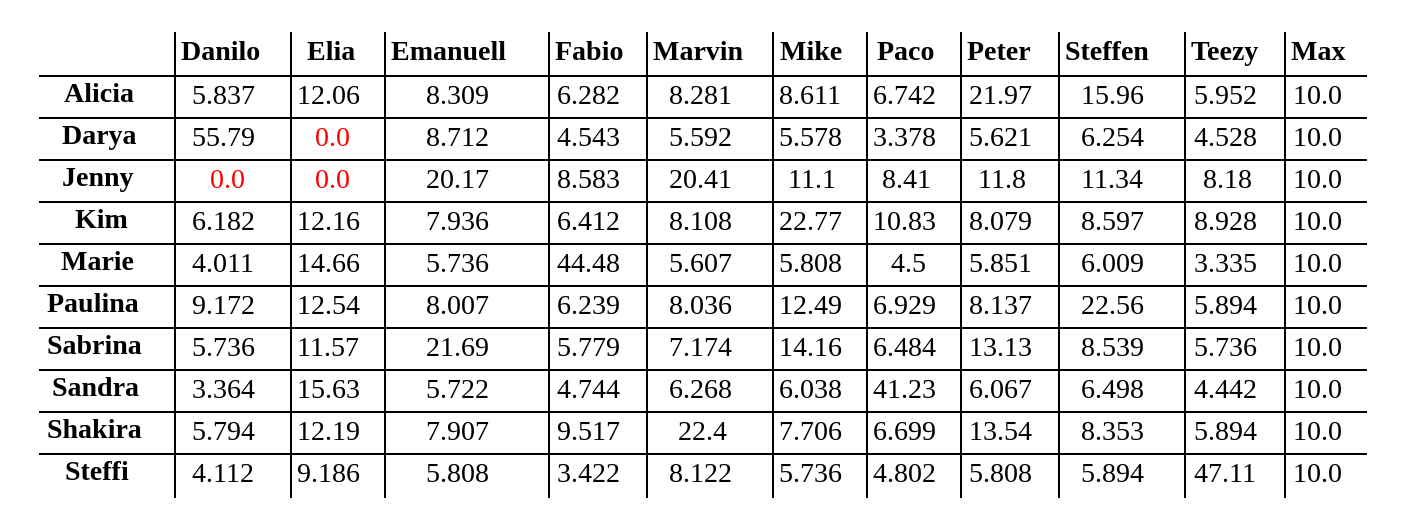
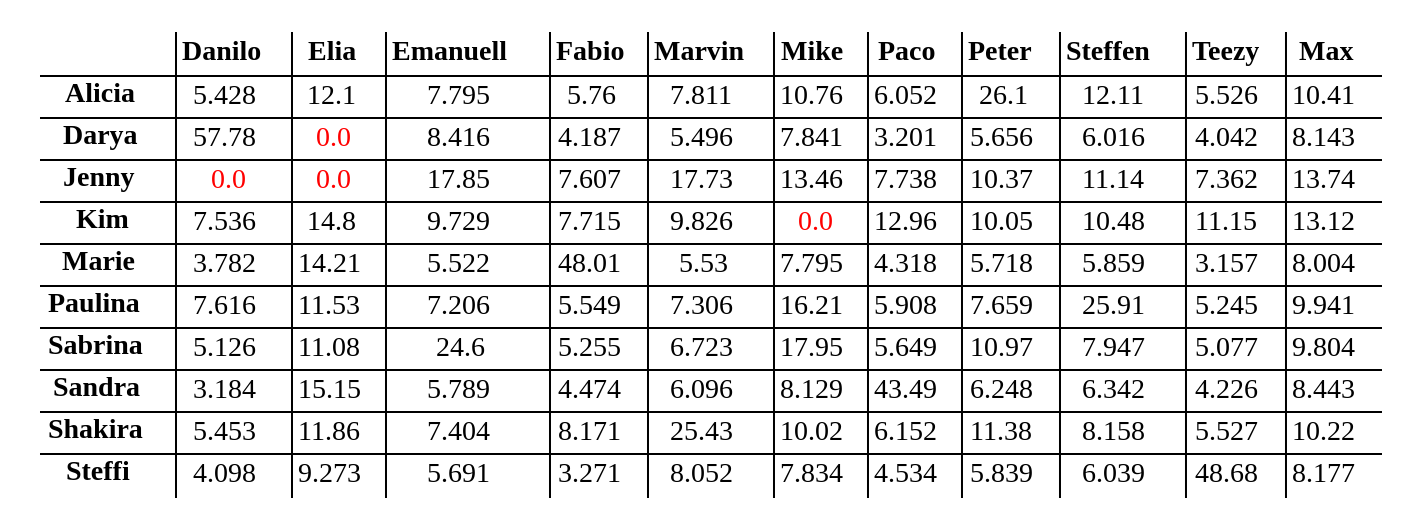
Before and after one commit to atticus-sullivan/sim-ayto: the diagram in s03r/s03r_tab.dot, drawn with Graphviz. The commit also changed 7 other files, not shown here.

```diff
--- a/s03r/s03r_tab.dot
+++ b/s03r/s03r_tab.dot
@@ -1,148 +1,148 @@
 digraph structs { node[shape=plaintext] struct[label=<
 <table cellspacing="2" border="0" rows="*" columns="*">
 <tr>
 <td></td>
 <td><B>Danilo</B></td>
 <td><B>Elia</B></td>
 <td><B>Emanuell</B></td>
 <td><B>Fabio</B></td>
 <td><B>Marvin</B></td>
 <td><B>Mike</B></td>
 <td><B>Paco</B></td>
 <td><B>Peter</B></td>
 <td><B>Steffen</B></td>
 <td><B>Teezy</B></td>
 <td><B>Max</B></td>
 </tr>
 <tr><td><B>Alicia</B></td>
-<td><font color="black">5.837</font></td>
-<td><font color="black">12.06</font></td>
-<td><font color="black">8.309</font></td>
-<td><font color="black">6.282</font></td>
-<td><font color="black">8.281</font></td>
-<td><font color="black">8.611</font></td>
-<td><font color="black">6.742</font></td>
-<td><font color="black">21.97</font></td>
-<td><font color="black">15.96</font></td>
-<td><font color="black">5.952</font></td>
-<td><font color="black">10.0</font></td>
+<td><font color="black">5.428</font></td>
+<td><font color="black">12.1</font></td>
+<td><font color="black">7.795</font></td>
+<td><font color="black">5.76</font></td>
+<td><font color="black">7.811</font></td>
+<td><font color="black">10.76</font></td>
+<td><font color="black">6.052</font></td>
+<td><font color="black">26.1</font></td>
+<td><font color="black">12.11</font></td>
+<td><font color="black">5.526</font></td>
+<td><font color="black">10.41</font></td>
 </tr>
 <tr><td><B>Darya</B></td>
-<td><font color="black">55.79</font></td>
+<td><font color="black">57.78</font></td>
 <td><font color="red">0.0</font></td>
-<td><font color="black">8.712</font></td>
-<td><font color="black">4.543</font></td>
-<td><font color="black">5.592</font></td>
-<td><font color="black">5.578</font></td>
-<td><font color="black">3.378</font></td>
-<td><font color="black">5.621</font></td>
-<td><font color="black">6.254</font></td>
-<td><font color="black">4.528</font></td>
-<td><font color="black">10.0</font></td>
+<td><font color="black">8.416</font></td>
+<td><font color="black">4.187</font></td>
+<td><font color="black">5.496</font></td>
+<td><font color="black">7.841</font></td>
+<td><font color="black">3.201</font></td>
+<td><font color="black">5.656</font></td>
+<td><font color="black">6.016</font></td>
+<td><font color="black">4.042</font></td>
+<td><font color="black">8.143</font></td>
 </tr>
 <tr><td><B>Jenny</B></td>
 <td><font color="red">0.0</font></td>
 <td><font color="red">0.0</font></td>
-<td><font color="black">20.17</font></td>
-<td><font color="black">8.583</font></td>
-<td><font color="black">20.41</font></td>
-<td><font color="black">11.1</font></td>
-<td><font color="black">8.41</font></td>
-<td><font color="black">11.8</font></td>
-<td><font color="black">11.34</font></td>
-<td><font color="black">8.18</font></td>
-<td><font color="black">10.0</font></td>
+<td><font color="black">17.85</font></td>
+<td><font color="black">7.607</font></td>
+<td><font color="black">17.73</font></td>
+<td><font color="black">13.46</font></td>
+<td><font color="black">7.738</font></td>
+<td><font color="black">10.37</font></td>
+<td><font color="black">11.14</font></td>
+<td><font color="black">7.362</font></td>
+<td><font color="black">13.74</font></td>
 </tr>
 <tr><td><B>Kim</B></td>
-<td><font color="black">6.182</font></td>
-<td><font color="black">12.16</font></td>
-<td><font color="black">7.936</font></td>
-<td><font color="black">6.412</font></td>
-<td><font color="black">8.108</font></td>
-<td><font color="black">22.77</font></td>
-<td><font color="black">10.83</font></td>
-<td><font color="black">8.079</font></td>
-<td><font color="black">8.597</font></td>
-<td><font color="black">8.928</font></td>
-<td><font color="black">10.0</font></td>
+<td><font color="black">7.536</font></td>
+<td><font color="black">14.8</font></td>
+<td><font color="black">9.729</font></td>
+<td><font color="black">7.715</font></td>
+<td><font color="black">9.826</font></td>
+<td><font color="red">0.0</font></td>
+<td><font color="black">12.96</font></td>
+<td><font color="black">10.05</font></td>
+<td><font color="black">10.48</font></td>
+<td><font color="black">11.15</font></td>
+<td><font color="black">13.12</font></td>
 </tr>
 <tr><td><B>Marie</B></td>
-<td><font color="black">4.011</font></td>
-<td><font color="black">14.66</font></td>
-<td><font color="black">5.736</font></td>
-<td><font color="black">44.48</font></td>
-<td><font color="black">5.607</font></td>
-<td><font color="black">5.808</font></td>
-<td><font color="black">4.5</font></td>
-<td><font color="black">5.851</font></td>
-<td><font color="black">6.009</font></td>
-<td><font color="black">3.335</font></td>
-<td><font color="black">10.0</font></td>
+<td><font color="black">3.782</font></td>
+<td><font color="black">14.21</font></td>
+<td><font color="black">5.522</font></td>
+<td><font color="black">48.01</font></td>
+<td><font color="black">5.53</font></td>
+<td><font color="black">7.795</font></td>
+<td><font color="black">4.318</font></td>
+<td><font color="black">5.718</font></td>
+<td><font color="black">5.859</font></td>
+<td><font color="black">3.157</font></td>
+<td><font color="black">8.004</font></td>
 </tr>
 <tr><td><B>Paulina</B></td>
-<td><font color="black">9.172</font></td>
-<td><font color="black">12.54</font></td>
-<td><font color="black">8.007</font></td>
-<td><font color="black">6.239</font></td>
-<td><font color="black">8.036</font></td>
-<td><font color="black">12.49</font></td>
-<td><font color="black">6.929</font></td>
-<td><font color="black">8.137</font></td>
-<td><font color="black">22.56</font></td>
-<td><font color="black">5.894</font></td>
-<td><font color="black">10.0</font></td>
+<td><font color="black">7.616</font></td>
+<td><font color="black">11.53</font></td>
+<td><font color="black">7.206</font></td>
+<td><font color="black">5.549</font></td>
+<td><font color="black">7.306</font></td>
+<td><font color="black">16.21</font></td>
+<td><font color="black">5.908</font></td>
+<td><font color="black">7.659</font></td>
+<td><font color="black">25.91</font></td>
+<td><font color="black">5.245</font></td>
+<td><font color="black">9.941</font></td>
 </tr>
 <tr><td><B>Sabrina</B></td>
-<td><font color="black">5.736</font></td>
-<td><font color="black">11.57</font></td>
-<td><font color="black">21.69</font></td>
-<td><font color="black">5.779</font></td>
-<td><font color="black">7.174</font></td>
-<td><font color="black">14.16</font></td>
-<td><font color="black">6.484</font></td>
-<td><font color="black">13.13</font></td>
-<td><font color="black">8.539</font></td>
-<td><font color="black">5.736</font></td>
-<td><font color="black">10.0</font></td>
+<td><font color="black">5.126</font></td>
+<td><font color="black">11.08</font></td>
+<td><font color="black">24.6</font></td>
+<td><font color="black">5.255</font></td>
+<td><font color="black">6.723</font></td>
+<td><font color="black">17.95</font></td>
+<td><font color="black">5.649</font></td>
+<td><font color="black">10.97</font></td>
+<td><font color="black">7.947</font></td>
+<td><font color="black">5.077</font></td>
+<td><font color="black">9.804</font></td>
 </tr>
 <tr><td><B>Sandra</B></td>
-<td><font color="black">3.364</font></td>
-<td><font color="black">15.63</font></td>
-<td><font color="black">5.722</font></td>
-<td><font color="black">4.744</font></td>
-<td><font color="black">6.268</font></td>
-<td><font color="black">6.038</font></td>
-<td><font color="black">41.23</font></td>
-<td><font color="black">6.067</font></td>
-<td><font color="black">6.498</font></td>
-<td><font color="black">4.442</font></td>
-<td><font color="black">10.0</font></td>
+<td><font color="black">3.184</font></td>
+<td><font color="black">15.15</font></td>
+<td><font color="black">5.789</font></td>
+<td><font color="black">4.474</font></td>
+<td><font color="black">6.096</font></td>
+<td><font color="black">8.129</font></td>
+<td><font color="black">43.49</font></td>
+<td><font color="black">6.248</font></td>
+<td><font color="black">6.342</font></td>
+<td><font color="black">4.226</font></td>
+<td><font color="black">8.443</font></td>
 </tr>
 <tr><td><B>Shakira</B></td>
-<td><font color="black">5.794</font></td>
-<td><font color="black">12.19</font></td>
-<td><font color="black">7.907</font></td>
-<td><font color="black">9.517</font></td>
-<td><font color="black">22.4</font></td>
-<td><font color="black">7.706</font></td>
-<td><font color="black">6.699</font></td>
-<td><font color="black">13.54</font></td>
-<td><font color="black">8.353</font></td>
-<td><font color="black">5.894</font></td>
-<td><font color="black">10.0</font></td>
+<td><font color="black">5.453</font></td>
+<td><font color="black">11.86</font></td>
+<td><font color="black">7.404</font></td>
+<td><font color="black">8.171</font></td>
+<td><font color="black">25.43</font></td>
+<td><font color="black">10.02</font></td>
+<td><font color="black">6.152</font></td>
+<td><font color="black">11.38</font></td>
+<td><font color="black">8.158</font></td>
+<td><font color="black">5.527</font></td>
+<td><font color="black">10.22</font></td>
 </tr>
 <tr><td><B>Steffi</B></td>
-<td><font color="black">4.112</font></td>
-<td><font color="black">9.186</font></td>
-<td><font color="black">5.808</font></td>
-<td><font color="black">3.422</font></td>
-<td><font color="black">8.122</font></td>
-<td><font color="black">5.736</font></td>
-<td><font color="black">4.802</font></td>
-<td><font color="black">5.808</font></td>
-<td><font color="black">5.894</font></td>
-<td><font color="black">47.11</font></td>
-<td><font color="black">10.0</font></td>
+<td><font color="black">4.098</font></td>
+<td><font color="black">9.273</font></td>
+<td><font color="black">5.691</font></td>
+<td><font color="black">3.271</font></td>
+<td><font color="black">8.052</font></td>
+<td><font color="black">7.834</font></td>
+<td><font color="black">4.534</font></td>
+<td><font color="black">5.839</font></td>
+<td><font color="black">6.039</font></td>
+<td><font color="black">48.68</font></td>
+<td><font color="black">8.177</font></td>
 </tr>
 </table>
 >];}
```
